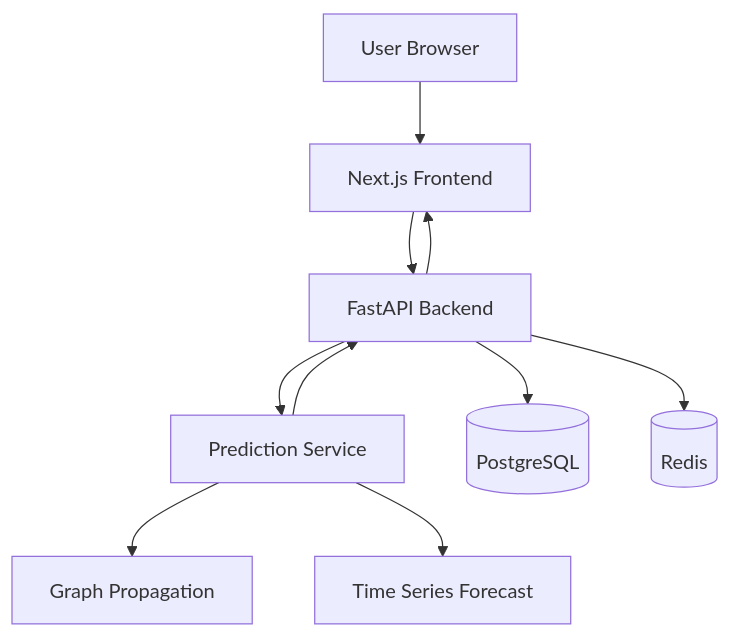
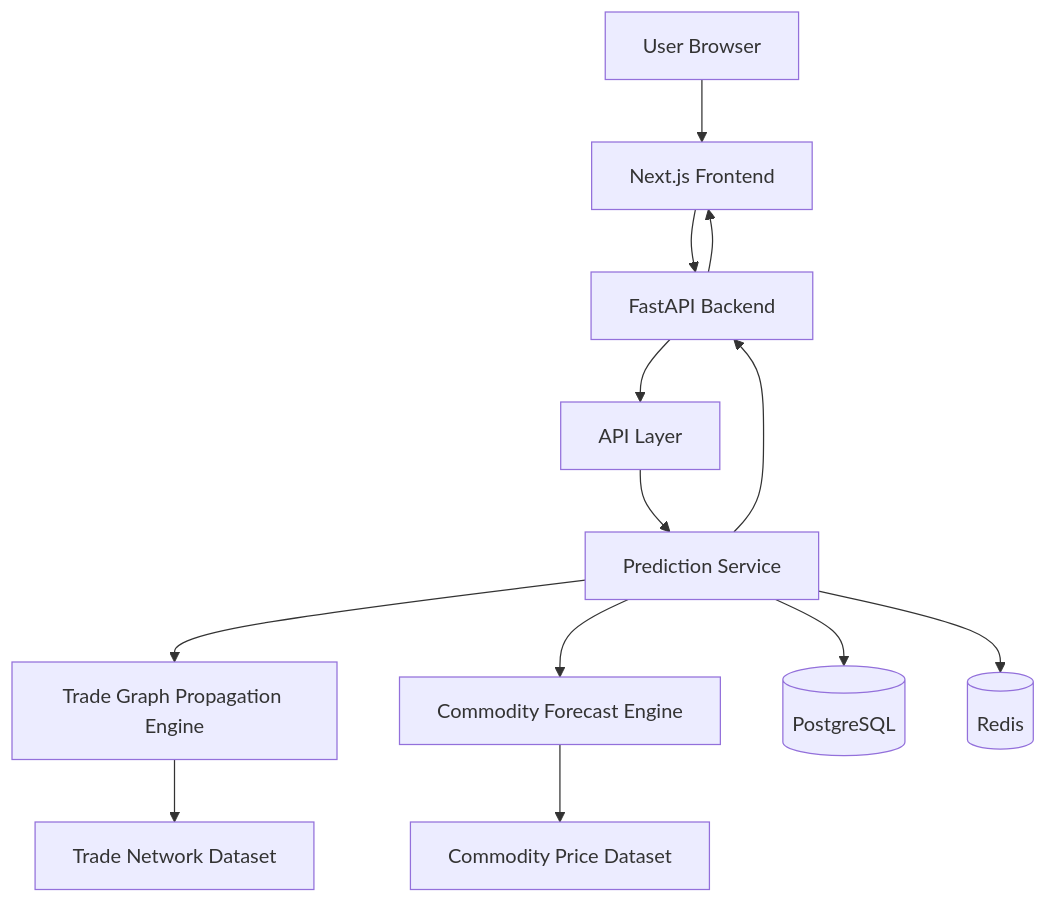
Before and after one commit to pleasingsunlight/geoflation: the first of 4 diagrams in README.md, drawn with Mermaid. The commit also changed other lines of this file, not shown here.

````diff
--- a/README.md
+++ b/README.md
@@ -33,25 +46,37 @@
 ```mermaid
 graph TD
 
 User[User Browser]
 Frontend[Next.js Frontend]
 Backend[FastAPI Backend]
+
+API[API Layer]
 Prediction[Prediction Service]
-Graph[Graph Propagation]
-Forecast[Time Series Forecast]
+
+Graph[Trade Graph Propagation Engine]
+Forecast[Commodity Forecast Engine]
+
+TradeData[Trade Network Dataset]
+CommodityData[Commodity Price Dataset]
+
 DB[(PostgreSQL)]
 Cache[(Redis)]
 
 User --> Frontend
 Frontend --> Backend
 
-Backend --> Prediction
+Backend --> API
+API --> Prediction
+
 Prediction --> Graph
 Prediction --> Forecast
 
-Backend --> DB
-Backend --> Cache
+Graph --> TradeData
+Forecast --> CommodityData
+
+Prediction --> DB
+Prediction --> Cache
 
 Prediction --> Backend
 Backend --> Frontend
 ```
````
